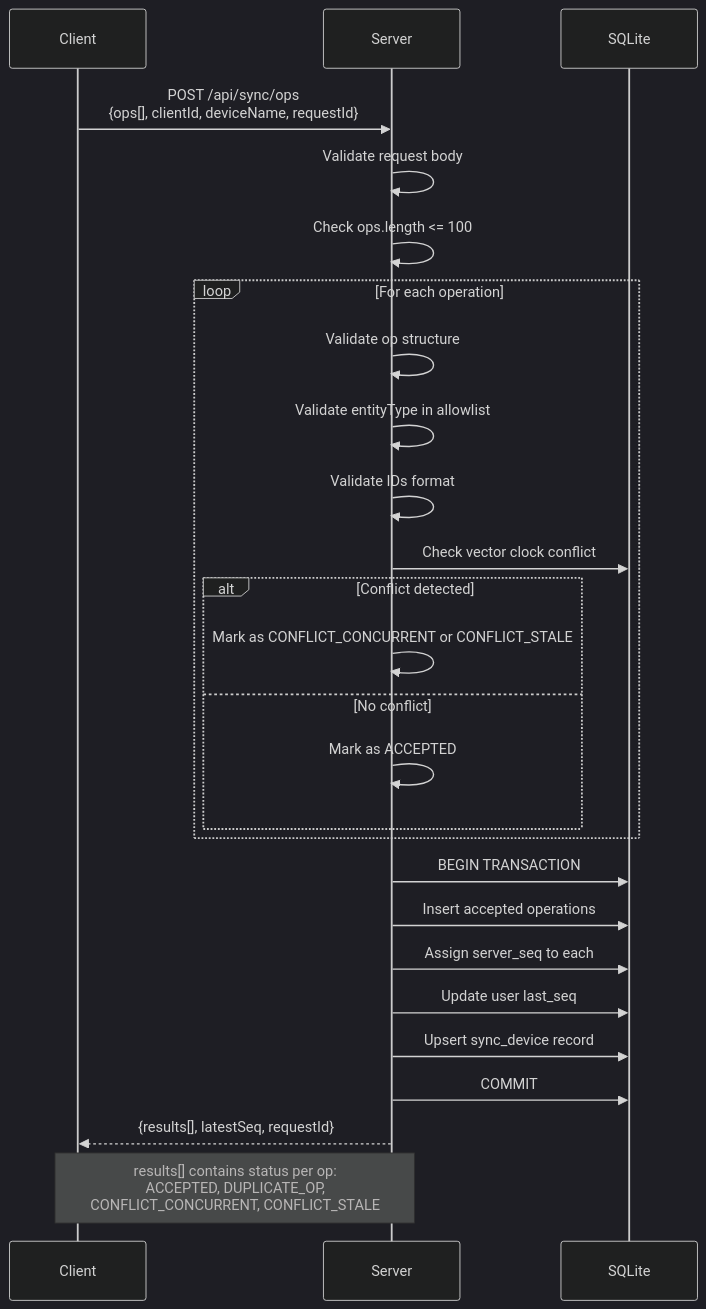
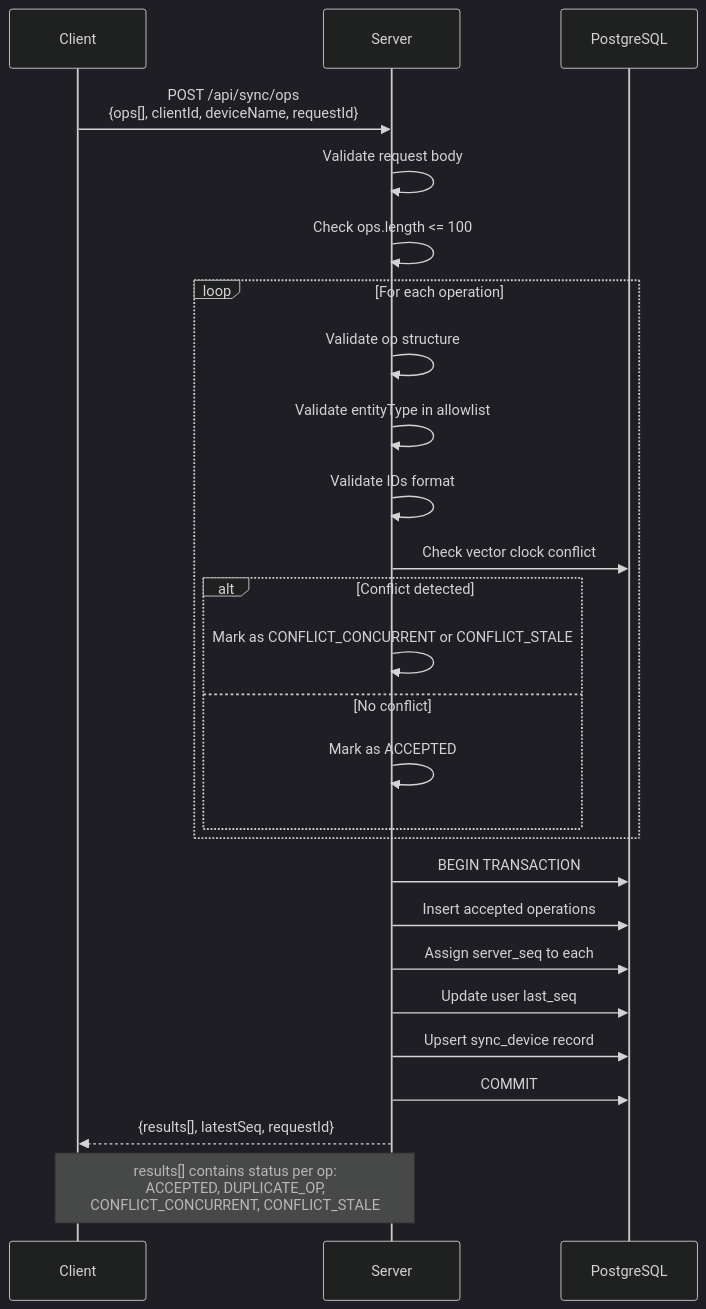
One commit to johannesjo/super-productivity changed the ninth of 29 diagrams in packages/super-sync-server/sync-server-architecture-diagrams.md. Above: the diagram before and after it, drawn with Mermaid (dark theme). The commit also changed other lines of this file, not shown here.

First line of the commit message:
docs(sync): fix SQLite references to PostgreSQL in architecture diagrams

````diff
--- a/packages/super-sync-server/sync-server-architecture-diagrams.md
+++ b/packages/super-sync-server/sync-server-architecture-diagrams.md
@@ -305,34 +305,34 @@
 ```mermaid
 sequenceDiagram
     participant Client
     participant Server
-    participant DB as SQLite
+    participant DB as PostgreSQL
 
     Client->>Server: POST /api/sync/ops<br/>{ops[], clientId, deviceName, requestId}
 
     Server->>Server: Validate request body
     Server->>Server: Check ops.length <= 100
 
     loop For each operation
         Server->>Server: Validate op structure
         Server->>Server: Validate entityType in allowlist
         Server->>Server: Validate IDs format
         Server->>DB: Check vector clock conflict
         alt Conflict detected
             Server->>Server: Mark as CONFLICT_CONCURRENT or CONFLICT_STALE
         else No conflict
             Server->>Server: Mark as ACCEPTED
         end
     end
 
     Server->>DB: BEGIN TRANSACTION
     Server->>DB: Insert accepted operations
     Server->>DB: Assign server_seq to each
     Server->>DB: Update user last_seq
     Server->>DB: Upsert sync_device record
     Server->>DB: COMMIT
 
     Server-->>Client: {results[], latestSeq, requestId}
 
     Note over Client,Server: results[] contains status per op:<br/>ACCEPTED, DUPLICATE_OP,<br/>CONFLICT_CONCURRENT, CONFLICT_STALE
 ```
````
